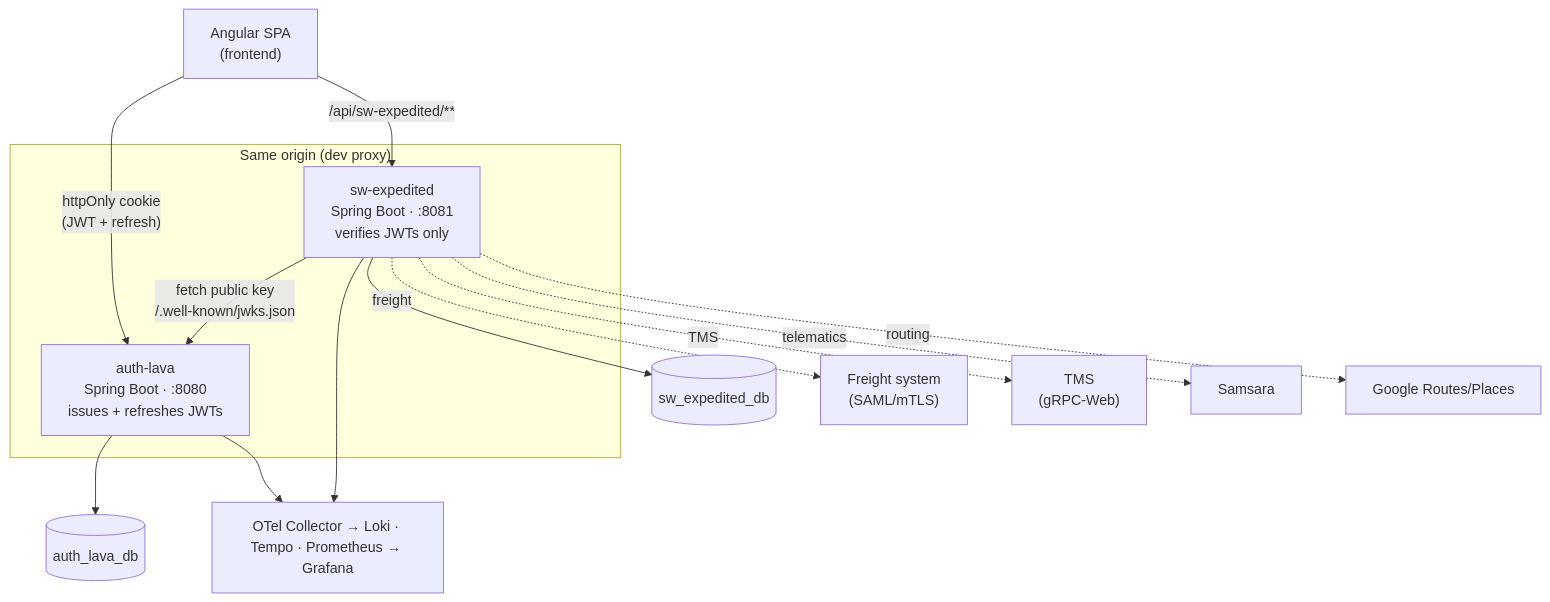
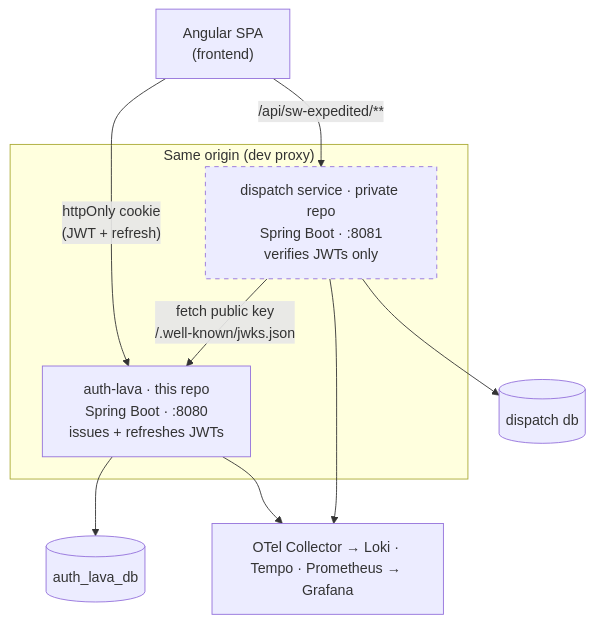
One commit to tlavarea/auth-lava changed the diagram in README.md. Above: the diagram before and after it, drawn with Mermaid. The commit also changed other lines of this file and 4 other files, not shown here.

````diff
--- a/README.md
+++ b/README.md
@@ -11,24 +13,21 @@
 ```mermaid
 flowchart TD
     Browser["Angular SPA<br/>(frontend)"]
 
     subgraph Origin["Same origin (dev proxy)"]
-        Auth["auth-lava<br/>Spring Boot · :8080<br/>issues + refreshes JWTs"]
-        SW["sw-expedited<br/>Spring Boot · :8081<br/>verifies JWTs only"]
+        Auth["auth-lava · this repo<br/>Spring Boot · :8080<br/>issues + refreshes JWTs"]
+        SW["dispatch service · private repo<br/>Spring Boot · :8081<br/>verifies JWTs only"]
     end
 
     Browser -->|"httpOnly cookie<br/>(JWT + refresh)"| Auth
     Browser -->|"/api/sw-expedited/**"| SW
     SW -->|"fetch public key<br/>/.well-known/jwks.json"| Auth
 
     Auth --> AuthDB[("auth_lava_db")]
-    SW --> SWDB[("sw_expedited_db")]
-
-    SW -.->|freight| GFM["Freight system<br/>(SAML/mTLS)"]
-    SW -.->|TMS| Vektor["TMS<br/>(gRPC-Web)"]
-    SW -.->|telematics| Samsara["Samsara"]
-    SW -.->|routing| Maps["Google Routes/Places"]
+    SW --> SWDB[("dispatch db")]
 
     Auth --> OTel["OTel Collector → Loki · Tempo · Prometheus → Grafana"]
     SW --> OTel
+
+    style SW stroke-dasharray: 5 5
 ```
````
